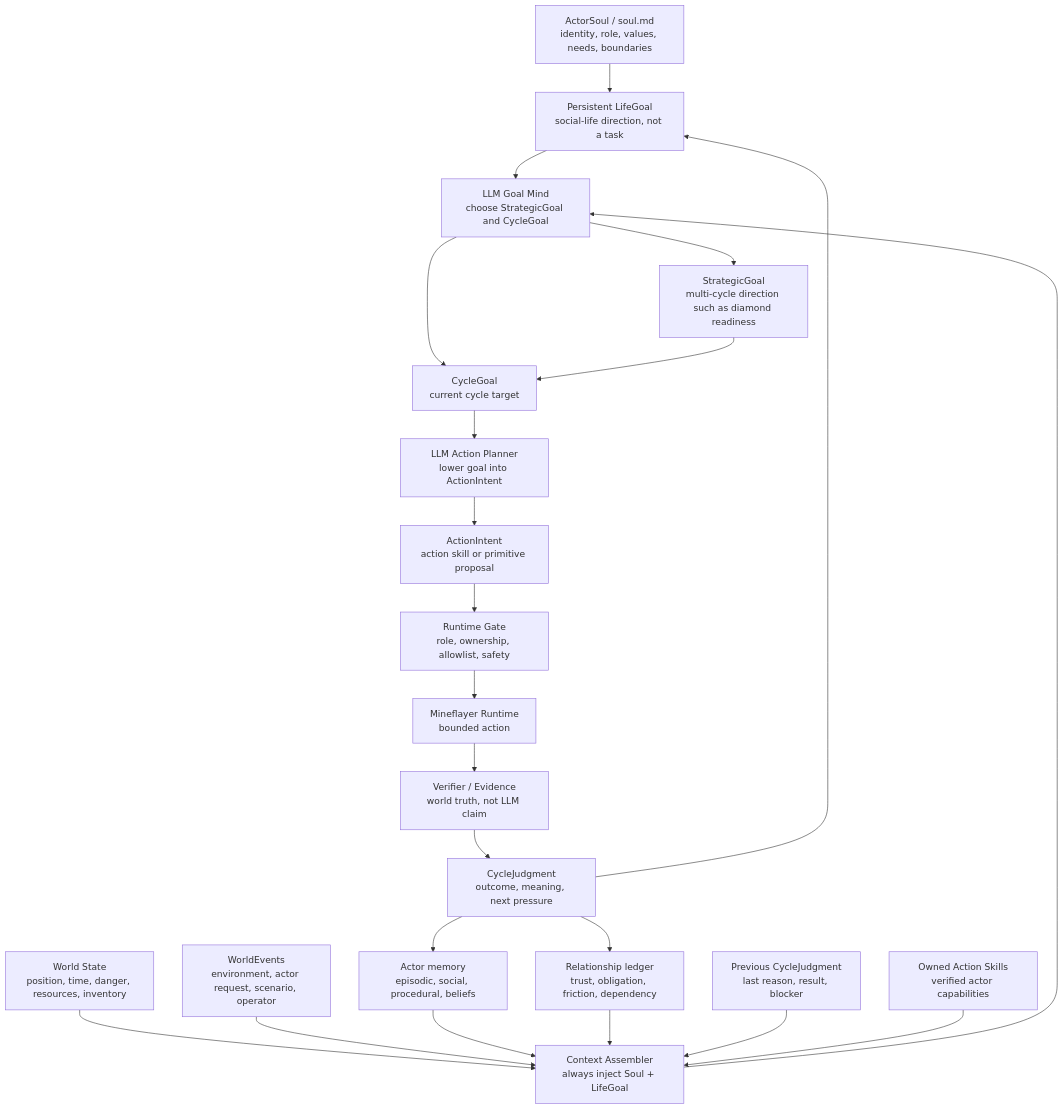
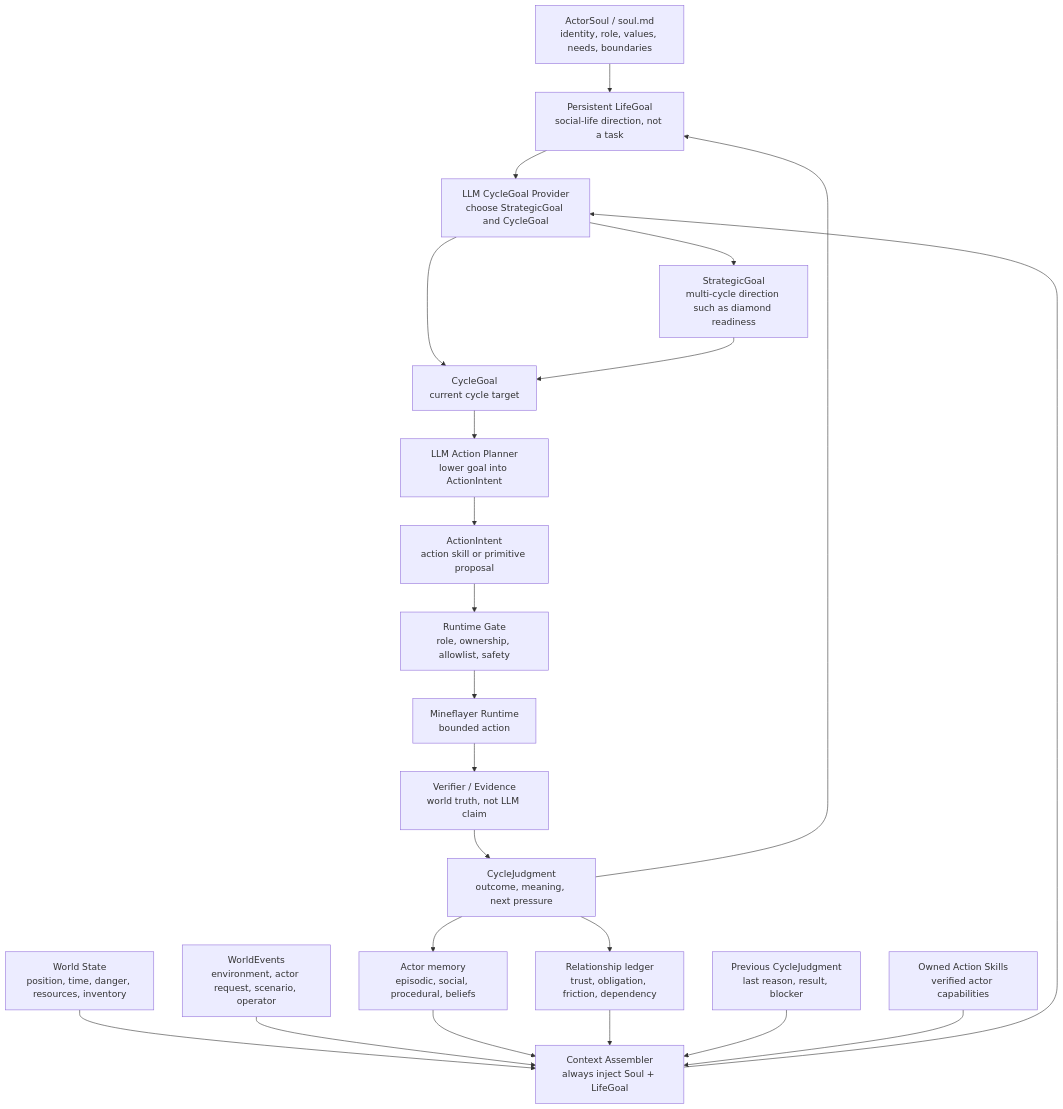
The first of 2 diagrams in docs/docs/Architecture/Soul-Life-Goal-Runtime-Architecture.md (gigio1023/minecraft-llm-agent-community), drawn with Mermaid before and after one commit. The commit also changed other lines of this file and 32 other files, not shown here.

````diff
--- a/docs/docs/Architecture/Soul-Life-Goal-Runtime-Architecture.md
+++ b/docs/docs/Architecture/Soul-Life-Goal-Runtime-Architecture.md
@@ -325,24 +325,24 @@
 ```mermaid
 flowchart TB
   Soul["ActorSoul / soul.md<br/>identity, role, values, needs, boundaries"] --> LifeGoal["Persistent LifeGoal<br/>social-life direction, not a task"]
-  LifeGoal --> GoalMind["LLM Goal Mind<br/>choose StrategicGoal and CycleGoal"]
+  LifeGoal --> CycleGoalProvider["LLM CycleGoal Provider<br/>choose StrategicGoal and CycleGoal"]
   World["World State<br/>position, time, danger, resources, inventory"] --> Context["Context Assembler<br/>always inject Soul + LifeGoal"]
   Events["WorldEvents<br/>environment, actor request, scenario, operator"] --> Context
   Memory["Actor memory<br/>episodic, social, procedural, beliefs"] --> Context
   Relations["Relationship ledger<br/>trust, obligation, friction, dependency"] --> Context
   Prev["Previous CycleJudgment<br/>last reason, result, blocker"] --> Context
   Skills["Owned Action Skills<br/>verified actor capabilities"] --> Context
-  Context --> GoalMind
-  GoalMind --> StrategicGoal["StrategicGoal<br/>multi-cycle direction such as diamond readiness"]
-  GoalMind --> CycleGoal["CycleGoal<br/>current cycle target"]
+  Context --> CycleGoalProvider
+  CycleGoalProvider --> StrategicGoal["StrategicGoal<br/>multi-cycle direction such as diamond readiness"]
+  CycleGoalProvider --> CycleGoal["CycleGoal<br/>current cycle target"]
   StrategicGoal --> CycleGoal
   CycleGoal --> ActionPlanner["LLM Action Planner<br/>lower goal into ActionIntent"]
   ActionPlanner --> Intent["ActionIntent<br/>action skill or primitive proposal"]
   Intent --> Gate["Runtime Gate<br/>role, ownership, allowlist, safety"]
   Gate --> Runner["Mineflayer Runtime<br/>bounded action"]
   Runner --> Verifier["Verifier / Evidence<br/>world truth, not LLM claim"]
   Verifier --> Judgment["CycleJudgment<br/>outcome, meaning, next pressure"]
   Judgment --> Memory
   Judgment --> Relations
   Judgment --> LifeGoal
 ```
````
